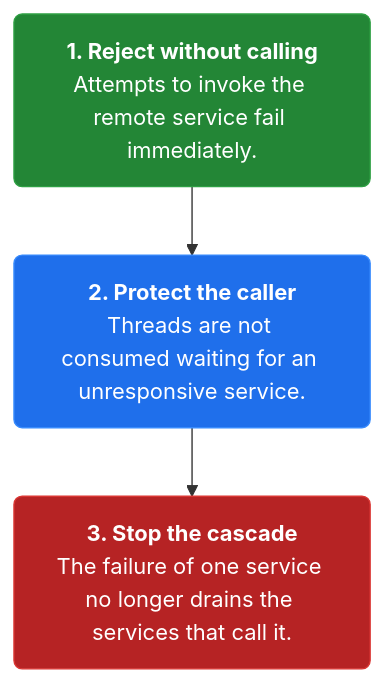
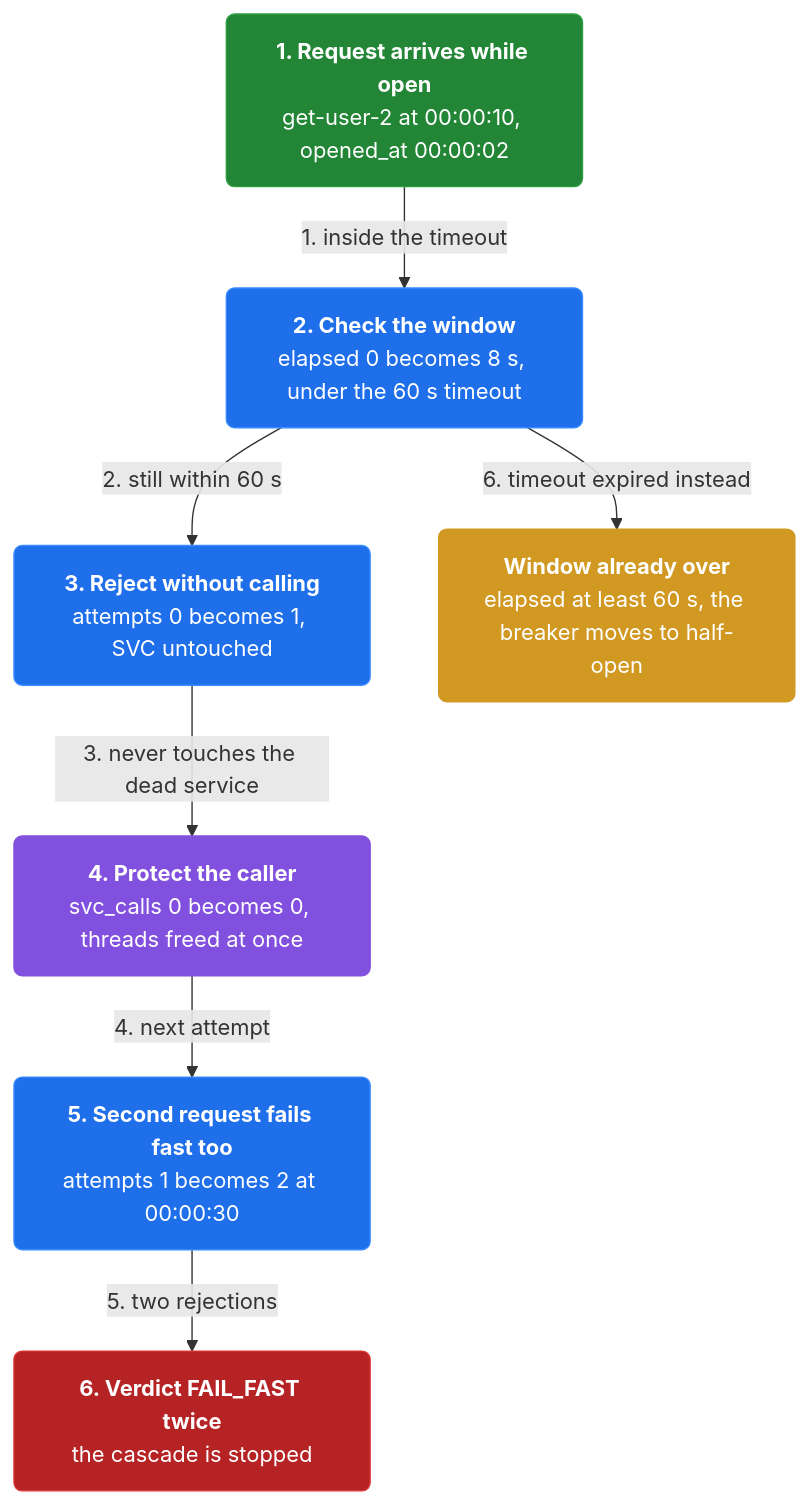
The second of 4 diagrams in docs/ch07-circuit-breaker.md (vinayakuber/microservices-io-study-guide), drawn with Mermaid before and after one commit. The commit also changed other lines of this file and 46 other files, not shown here.

First line of the commit message:
Author rich branching flow diagrams for all 44 chapters

````diff
--- a/docs/ch07-circuit-breaker.md
+++ b/docs/ch07-circuit-breaker.md
@@ -51,11 +64,21 @@
 ```mermaid
 flowchart TD
-  classDef step fill:#1f6feb,color:#ffffff,stroke:#388bfd,stroke-width:1px,rx:6
+  classDef step fill:#1f6feb,color:#ffffff,stroke:#388bfd,rx:6
+  classDef core fill:#8250df,color:#ffffff,stroke:#8250df,rx:6
+  classDef warn fill:#d29922,color:#ffffff,stroke:#d29922,rx:6
   classDef start fill:#238636,color:#ffffff,stroke:#2ea043,rx:6
   classDef stop fill:#b62324,color:#ffffff,stroke:#da3633,rx:6
-  s1n0["<b>1. Reject without calling</b><br/>Attempts to invoke the remote service fail immediately."]:::start
-  s1n1["<b>2. Protect the caller</b><br/>Threads are not consumed waiting for an unresponsive service."]:::step
-  s1n2["<b>3. Stop the cascade</b><br/>The failure of one service no longer drains the services that call it."]:::stop
-  s1n0 --> s1n1
-  s1n1 --> s1n2
+  n0["<b>1. Request arrives while open</b><br/>get-user-2 at 00:00:10, opened_at 00:00:02"]:::start
+  n1["<b>2. Check the window</b><br/>elapsed 0 becomes 8 s, under the 60 s timeout"]:::step
+  n2["<b>3. Reject without calling</b><br/>attempts 0 becomes 1, SVC untouched"]:::step
+  n3["<b>4. Protect the caller</b><br/>svc_calls 0 becomes 0, threads freed at once"]:::core
+  n4["<b>5. Second request fails fast too</b><br/>attempts 1 becomes 2 at 00:00:30"]:::step
+  n5["<b>6. Verdict FAIL_FAST twice</b><br/>the cascade is stopped"]:::stop
+  n6["<b>Window already over</b><br/>elapsed at least 60 s, the breaker moves to half-open"]:::warn
+  n0 -->|"1. inside the timeout"| n1
+  n1 -->|"2. still within 60 s"| n2
+  n2 -->|"3. never touches the dead service"| n3
+  n3 -->|"4. next attempt"| n4
+  n4 -->|"5. two rejections"| n5
+  n1 -->|"6. timeout expired instead"| n6
 ```
````
